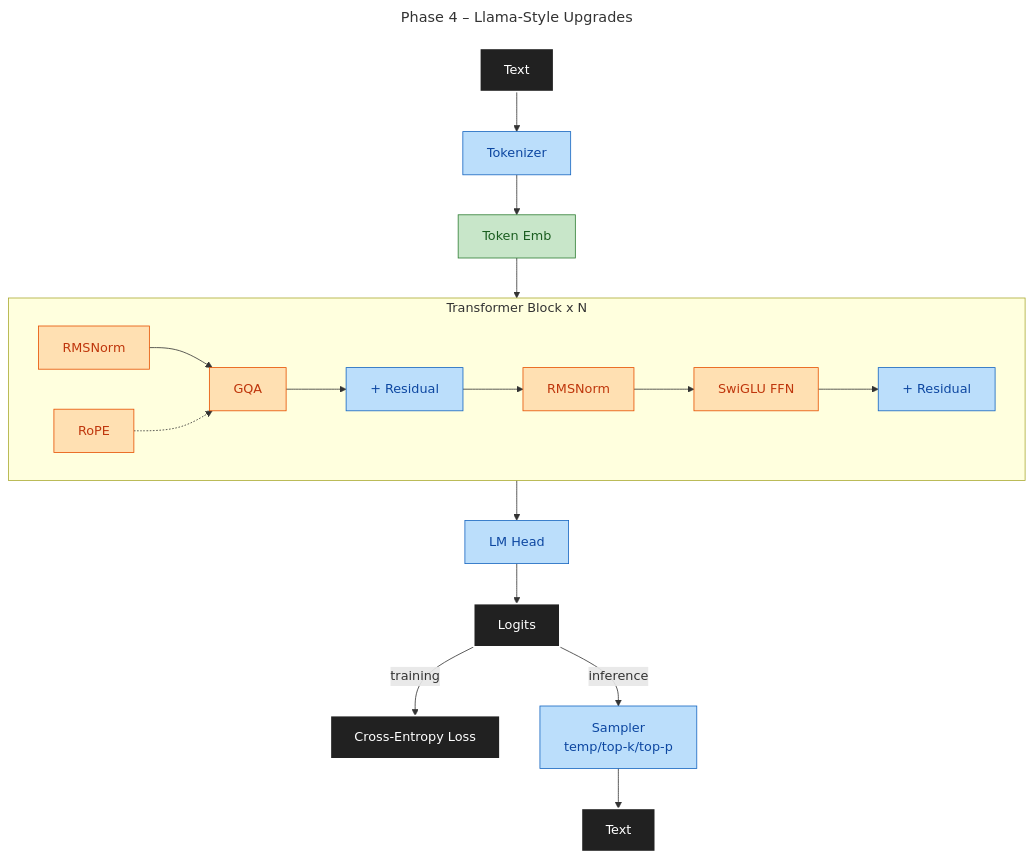
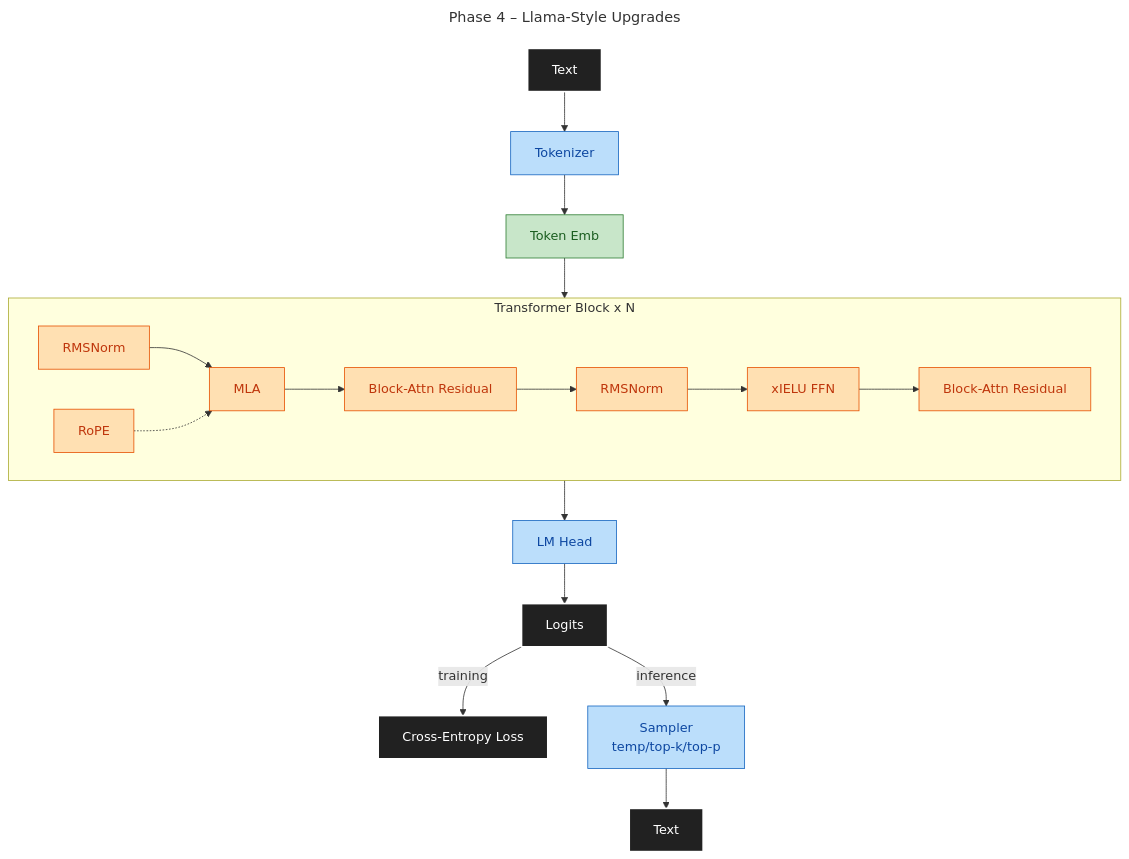
One commit to maxjbarfuss/max_llm changed the third of 7 diagrams in docs/DESIGN.md. Above: the diagram before and after it, drawn with Mermaid. The commit also changed other lines of this file and 20 other files, not shown here.

````diff
--- a/docs/DESIGN.md
+++ b/docs/DESIGN.md
@@ -71,19 +71,19 @@
 ```mermaid
 ---
 title: Phase 4 – Llama-Style Upgrades
 ---
 graph TD
     A[Text]:::io --> B[Tokenizer]:::p3 --> C[Token Emb]:::p2 --> Block
     subgraph Block[Transformer Block x N]
         direction LR
-        D[RMSNorm]:::p4 --> E[GQA]:::p4 --> F[+ Residual]:::p3 --> G[RMSNorm]:::p4 --> H[SwiGLU FFN]:::p4 --> I[+ Residual]:::p3
+        D[RMSNorm]:::p4 --> E[MLA]:::p4 --> F[Block-Attn Residual]:::p4 --> G[RMSNorm]:::p4 --> H[xIELU FFN]:::p4 --> I[Block-Attn Residual]:::p4
         RoPE:::p4 -.-> E
     end
     Block --> J[LM Head]:::p3 --> K[Logits]:::io
     K -->|training| L[Cross-Entropy Loss]:::io
     K -->|inference| M[Sampler<br/>temp/top-k/top-p]:::p3 --> N[Text]:::io
     classDef io fill:#212121,stroke:#FFFFFF,color:#FFFFFF,stroke-width:2px
     classDef p2 fill:#C8E6C9,stroke:#2E7D32,color:#1B5E20
     classDef p3 fill:#BBDEFB,stroke:#1565C0,color:#0D47A1
     classDef p4 fill:#FFE0B2,stroke:#E65100,color:#BF360C
 ```
````
